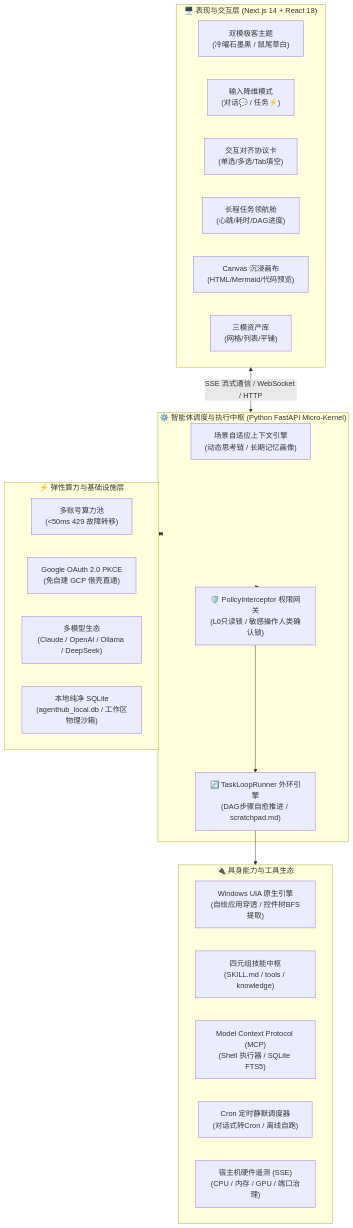
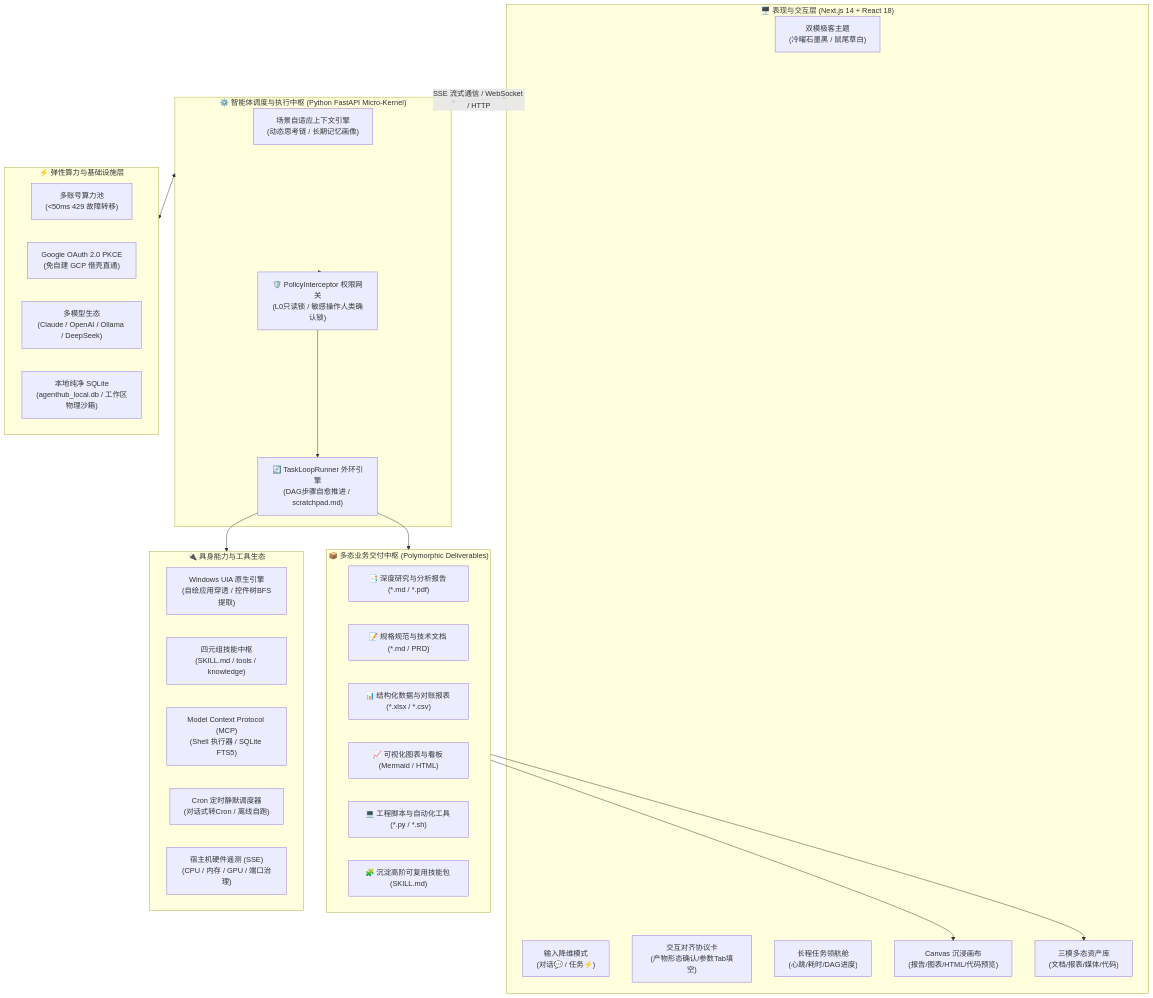
Before and after one commit to voodooq/agenthub-local: the diagram in docs/product_whitepaper_and_features.md, drawn with Mermaid. The commit also changed other lines of this file, not shown here.

Commit message:
docs: 完善多态业务交付体系（分析报告、技术文档、数据对账表、图表与技能）白皮书定位

````diff
--- a/docs/product_whitepaper_and_features.md
+++ b/docs/product_whitepaper_and_features.md
@@ -33,38 +45,50 @@
 ```mermaid
 flowchart TD
     subgraph UI_Layer ["🖥️ 表现与交互层 (Next.js 14 + React 18)"]
         Theme["双模极客主题\n(冷曜石墨黑 / 鼠尾草白)"]
         DualInput["输入降维模式\n(对话💬 / 任务⚡)"]
-        InquiryCard["交互对齐协议卡\n(单选/多选/Tab填空)"]
+        InquiryCard["交互对齐协议卡\n(产物形态确认/参数Tab填空)"]
         LoopHUD["长程任务领航舱\n(心跳/耗时/DAG进度)"]
-        CanvasView["Canvas 沉浸画布\n(HTML/Mermaid/代码预览)"]
-        LibView["三模资产库\n(网格/列表/平铺)"]
+        CanvasView["Canvas 沉浸画布\n(报告/图表/HTML/代码预览)"]
+        LibView["三模多态资产库\n(文档/报表/媒体/代码)"]
     end
 
     subgraph Core_Runtime ["⚙️ 智能体调度与执行中枢 (Python FastAPI Micro-Kernel)"]
         ContextEngine["场景自适应上下文引擎\n(动态思考链 / 长期记忆画像)"]
         Gate["🛡️ PolicyInterceptor 权限网关\n(L0只读锁 / 敏感操作人类确认锁)"]
         TaskLoop["🔄 TaskLoopRunner 外环引擎\n(DAG步骤自愈推进 / scratchpad.md)"]
+    end
+
+    subgraph Deliverables ["📦 多态业务交付中枢 (Polymorphic Deliverables)"]
+        D_Report["📑 深度研究与分析报告 (*.md / *.pdf)"]
+        D_Doc["📝 规格规范与技术文档 (*.md / PRD)"]
+        D_Data["📊 结构化数据与对账报表 (*.xlsx / *.csv)"]
+        D_Canvas["📈 可视化图表与看板 (Mermaid / HTML)"]
+        D_Code["💻 工程脚本与自动化工具 (*.py / *.sh)"]
+        D_Skill["🧩 沉淀高阶可复用技能包 (SKILL.md)"]
     end
 
     subgraph Capabilities ["🔌 具身能力与工具生态"]
         UIA["Windows UIA 原生引擎\n(自绘应用穿透 / 控件树BFS提取)"]
         SkillsHub["四元组技能中枢\n(SKILL.md / tools / knowledge)"]
         MCP["Model Context Protocol (MCP)\n(Shell 执行器 / SQLite FTS5)"]
         Scheduler["Cron 定时静默调度器\n(对话式转Cron / 离线自跑)"]
         SysProbe["宿主机硬件遥测 (SSE)\n(CPU / 内存 / GPU / 端口治理)"]
     end
 
     subgraph Infrastructure ["⚡ 弹性算力与基础设施层"]
         PowerPool["多账号算力池\n(<50ms 429 故障转移)"]
         OAuthPKCE["Google OAuth 2.0 PKCE\n(免自建 GCP 借壳直通)"]
         MultiLLM["多模型生态\n(Claude / OpenAI / Ollama / DeepSeek)"]
         LocalDB["本地纯净 SQLite\n(agenthub_local.db / 工作区物理沙箱)"]
     end
 
     UI_Layer <-->|SSE 流式通信 / WebSocket / HTTP| Core_Runtime
     Core_Runtime --> Gate
     Gate --> TaskLoop
+    TaskLoop --> Deliverables
     TaskLoop --> Capabilities
+    Deliverables --> LibView
+    Deliverables --> CanvasView
     Core_Runtime <--> Infrastructure
 ```
````
